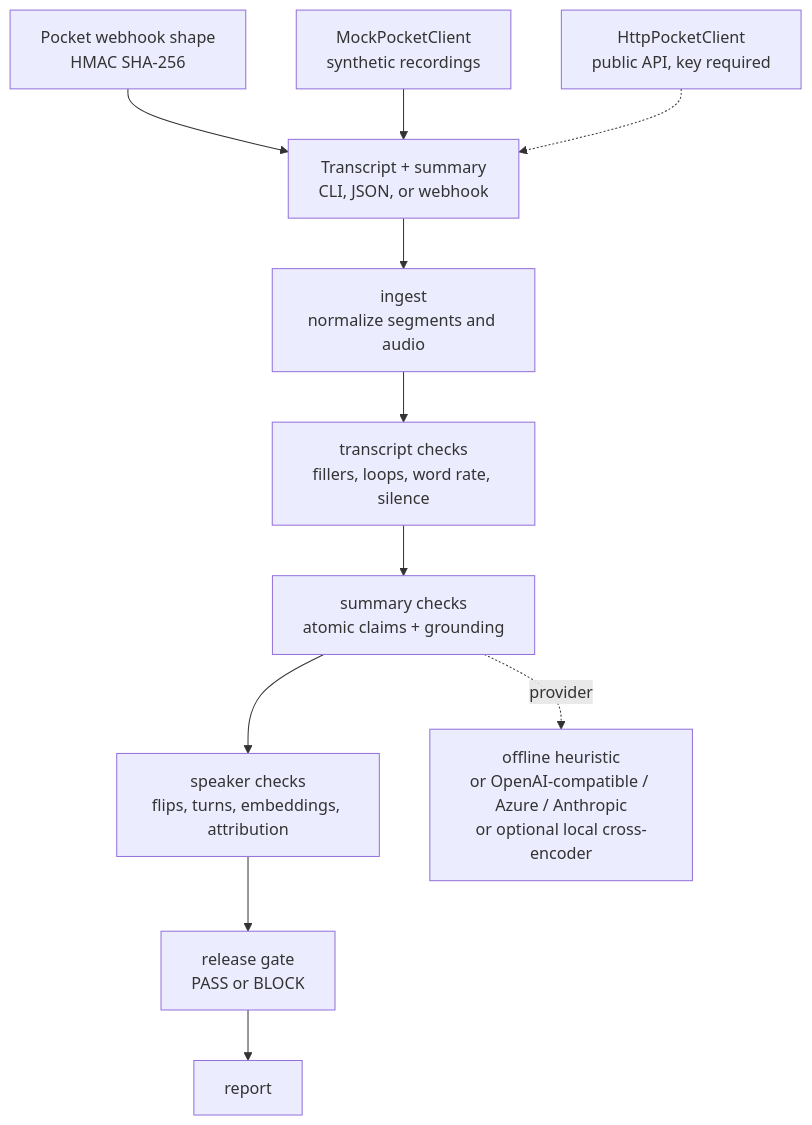
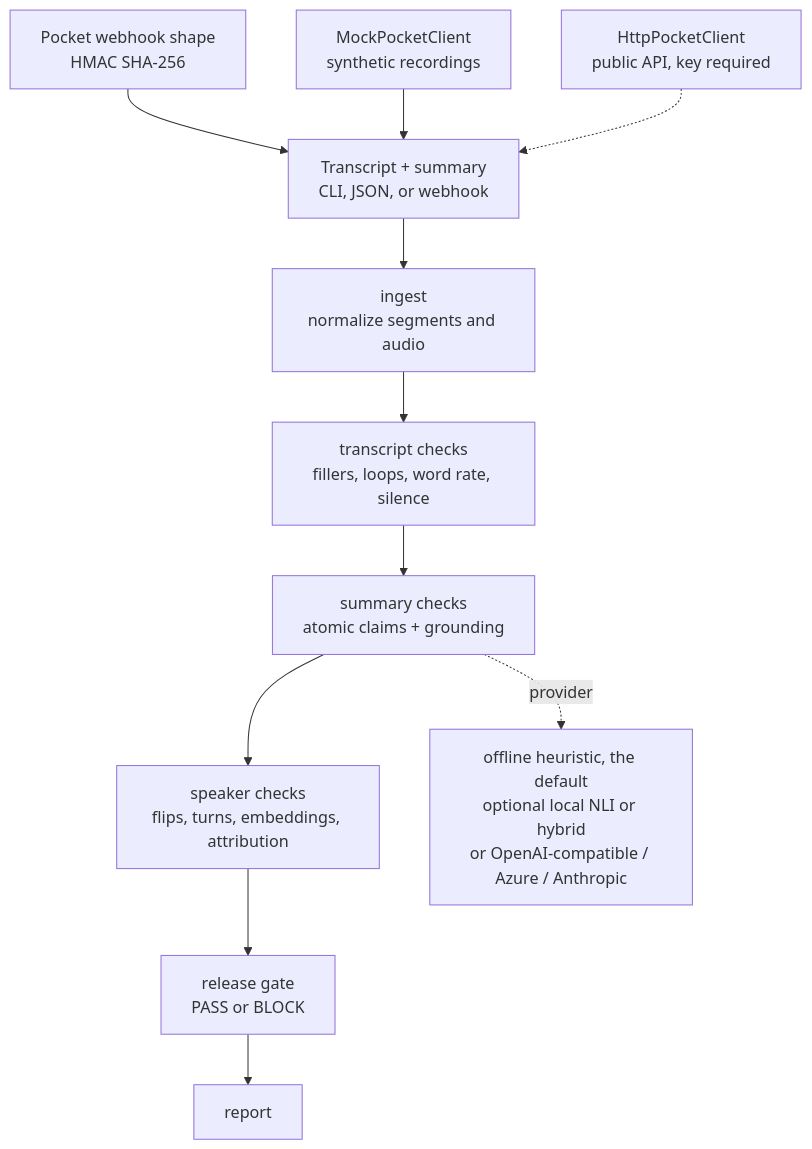
Before and after one commit to MilanJain20/pocket-transcript-qa: the diagram in README.md, drawn with Mermaid. The commit also changed other lines of this file and 14 other files, not shown here.

First line of the commit message:
Add an opt-in local NLI check for summary claims.

````diff
--- a/README.md
+++ b/README.md
@@ -31,13 +31,13 @@
 ```mermaid
 flowchart TD
   input["Transcript + summary<br/>CLI, JSON, or webhook"] --> ingest
   ingest["ingest<br/>normalize segments and audio"] --> transcript
   transcript["transcript checks<br/>fillers, loops, word rate, silence"] --> summary
   summary["summary checks<br/>atomic claims + grounding"] --> speakers
   speakers["speaker checks<br/>flips, turns, embeddings, attribution"] --> gate
   gate["release gate<br/>PASS or BLOCK"] --> report["report"]
-  summary -. provider .-> models["offline heuristic<br/>or OpenAI-compatible / Azure / Anthropic<br/>or optional local cross-encoder"]
+  summary -. provider .-> models["offline heuristic, the default<br/>optional local NLI or hybrid<br/>or OpenAI-compatible / Azure / Anthropic"]
   webhook["Pocket webhook shape<br/>HMAC SHA-256"] --> input
   mock["MockPocketClient<br/>synthetic recordings"] --> input
   live["HttpPocketClient<br/>public API, key required"] -.-> input
 ```
````
